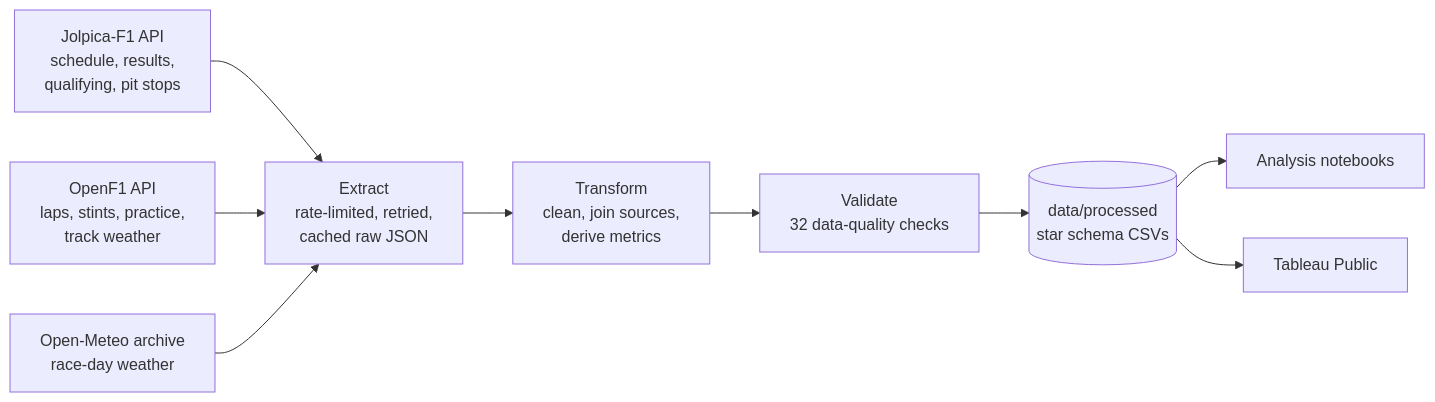
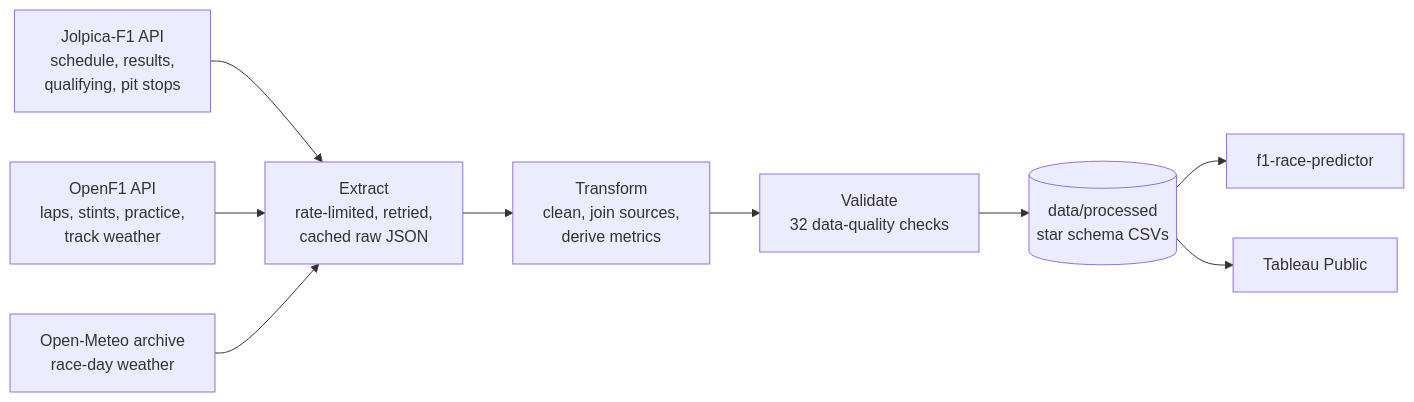
One commit to araithatha/f1-data-pipeline changed the first of 2 diagrams in README.md. Above: the diagram before and after it, drawn with Mermaid. The commit also changed other lines of this file and 23 other files, not shown here.

````diff
--- a/README.md
+++ b/README.md
@@ -34,11 +25,11 @@
 ```mermaid
 flowchart LR
     A[Jolpica-F1 API<br/>schedule, results,<br/>qualifying, pit stops] --> C
     B[OpenF1 API<br/>laps, stints, practice,<br/>track weather] --> C
     W[Open-Meteo archive<br/>race-day weather] --> C
     C[Extract<br/>rate-limited, retried,<br/>cached raw JSON] --> D[Transform<br/>clean, join sources,<br/>derive metrics]
     D --> E[Validate<br/>32 data-quality checks]
     E --> F[(data/processed<br/>star schema CSVs)]
-    F --> G[Analysis notebooks]
+    F --> G[f1-race-predictor]
     F --> H[Tableau Public]
 ```
````
